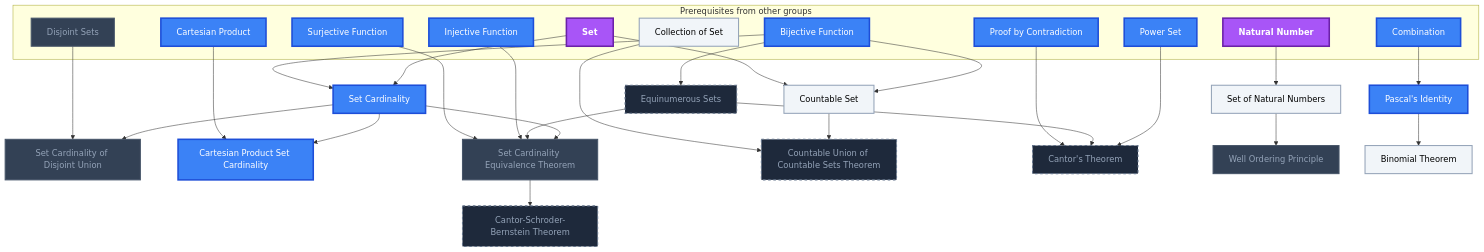
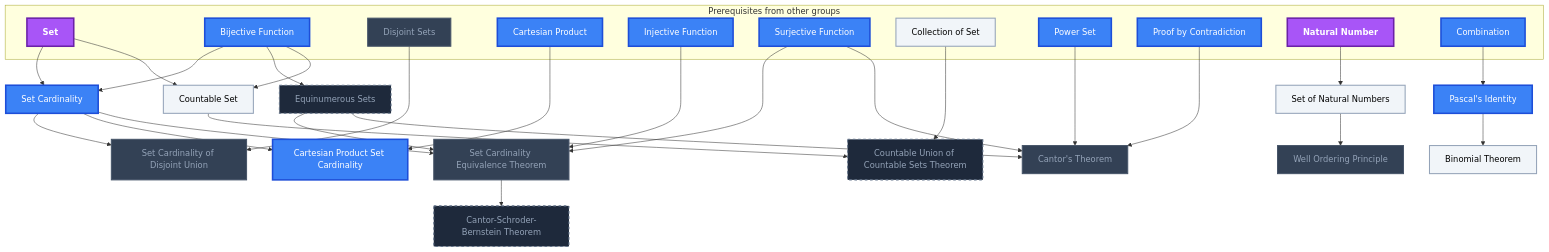
One commit to MRauf1/My-Notes changed the seventh of 7 diagrams in Gamification/Skill Trees/Discrete Mathematics.md. Above: the diagram before and after it, drawn with Mermaid. The commit also changed other lines of this file and 42 other files, not shown here.

````diff
--- a/Gamification/Skill Trees/Discrete Mathematics.md
+++ b/Gamification/Skill Trees/Discrete Mathematics.md
@@ -432,67 +432,68 @@
 ```mermaid
 flowchart TD
     classDef planned fill:#1E293B,stroke:#64748B,stroke-width:2px,stroke-dasharray:5 5,color:#94A3B8;
     classDef locked fill:#334155,stroke:#475569,stroke-width:2px,color:#94A3B8;
     classDef L0 fill:#F1F5F9,stroke:#94A3B8,stroke-width:2px,color:#000000;
     classDef L1 fill:#22C55E,stroke:#15803D,stroke-width:2px,color:#000000;
     classDef L2 fill:#3B82F6,stroke:#1D4ED8,stroke-width:3px,color:#FFFFFF;
     classDef L3 fill:#A855F7,stroke:#6B21A8,stroke-width:3px,color:#FFFFFF,font-weight:bold;
     classDef L4 fill:#F97316,stroke:#C2410C,stroke-width:4px,color:#000000,font-weight:bold;
     classDef L5 fill:#FFD700,stroke:#FF8C00,stroke-width:5px,color:#000000,font-weight:bold;
     classDef rusty stroke:#8B4513,stroke-width:4px,stroke-dasharray:3 3;
     subgraph sg_prereqs["Prerequisites from other groups"]
         n_set["Set"]
         n_bijective_function["Bijective Function"]
         n_disjoint_sets["Disjoint Sets"]
         n_cartesian_product["Cartesian Product"]
         n_injective_function["Injective Function"]
         n_surjective_function["Surjective Function"]
         n_collection_of_set["Collection of Set"]
         n_power_set["Power Set"]
         n_proof_by_contradiction["Proof by Contradiction"]
         n_natural_number["Natural Number"]
         n_combination["Combination"]
     end
     n_set_cardinality["Set Cardinality"]
     n_set_cardinality_of_disjoint_union["Set Cardinality of Disjoint Union"]
     n_cartesian_product_set_cardinality["Cartesian Product Set Cardinality"]
     n_equinumerous_sets["Equinumerous Sets"]
     n_set_cardinality_equivalence_theorem["Set Cardinality Equivalence Theorem"]
     n_countable_union_of_countable_sets_theorem["Countable Union of Countable Sets Theorem"]
     n_cantor_s_theorem["Cantor's Theorem"]
     n_cantor_schroder_bernstein_theorem["Cantor-Schroder-Bernstein Theorem"]
     n_set_of_natural_numbers["Set of Natural Numbers"]
     n_well_ordering_principle["Well Ordering Principle"]
     n_pascal_s_identity["Pascal's Identity"]
     n_binomial_theorem["Binomial Theorem"]
     n_countable_set["Countable Set"]
     n_set --> n_set_cardinality
     n_bijective_function --> n_set_cardinality
     n_set_cardinality --> n_set_cardinality_of_disjoint_union
     n_disjoint_sets --> n_set_cardinality_of_disjoint_union
     n_set_cardinality --> n_cartesian_product_set_cardinality
     n_cartesian_product --> n_cartesian_product_set_cardinality
     n_bijective_function --> n_equinumerous_sets
     n_set_cardinality --> n_set_cardinality_equivalence_theorem
     n_equinumerous_sets --> n_set_cardinality_equivalence_theorem
     n_injective_function --> n_set_cardinality_equivalence_theorem
     n_surjective_function --> n_set_cardinality_equivalence_theorem
     n_countable_set --> n_countable_union_of_countable_sets_theorem
     n_collection_of_set --> n_countable_union_of_countable_sets_theorem
     n_power_set --> n_cantor_s_theorem
     n_equinumerous_sets --> n_cantor_s_theorem
     n_proof_by_contradiction --> n_cantor_s_theorem
     n_set_cardinality_equivalence_theorem --> n_cantor_schroder_bernstein_theorem
     n_natural_number --> n_set_of_natural_numbers
     n_set_of_natural_numbers --> n_well_ordering_principle
     n_combination --> n_pascal_s_identity
     n_pascal_s_identity --> n_binomial_theorem
     n_bijective_function --> n_countable_set
     n_set --> n_countable_set
-    class n_equinumerous_sets,n_countable_union_of_countable_sets_theorem,n_cantor_s_theorem,n_cantor_schroder_bernstein_theorem planned;
-    class n_disjoint_sets,n_set_cardinality_of_disjoint_union,n_set_cardinality_equivalence_theorem,n_well_ordering_principle locked;
+    n_surjective_function --> n_cantor_s_theorem
+    class n_equinumerous_sets,n_countable_union_of_countable_sets_theorem,n_cantor_schroder_bernstein_theorem planned;
+    class n_disjoint_sets,n_set_cardinality_of_disjoint_union,n_set_cardinality_equivalence_theorem,n_cantor_s_theorem,n_well_ordering_principle locked;
     class n_collection_of_set,n_set_of_natural_numbers,n_binomial_theorem,n_countable_set L0;
     class n_bijective_function,n_cartesian_product,n_injective_function,n_surjective_function,n_power_set,n_proof_by_contradiction,n_combination,n_set_cardinality,n_cartesian_product_set_cardinality,n_pascal_s_identity L2;
     class n_set,n_natural_number L3;
-    class n_set,n_bijective_function,n_disjoint_sets,n_cartesian_product,n_injective_function,n_surjective_function,n_collection_of_set,n_power_set,n_proof_by_contradiction,n_natural_number,n_combination,n_set_cardinality,n_set_cardinality_of_disjoint_union,n_cartesian_product_set_cardinality,n_set_cardinality_equivalence_theorem,n_set_of_natural_numbers,n_well_ordering_principle,n_pascal_s_identity,n_binomial_theorem,n_countable_set internal-link;
+    class n_set,n_bijective_function,n_disjoint_sets,n_cartesian_product,n_injective_function,n_surjective_function,n_collection_of_set,n_power_set,n_proof_by_contradiction,n_natural_number,n_combination,n_set_cardinality,n_set_cardinality_of_disjoint_union,n_cartesian_product_set_cardinality,n_set_cardinality_equivalence_theorem,n_cantor_s_theorem,n_set_of_natural_numbers,n_well_ordering_principle,n_pascal_s_identity,n_binomial_theorem,n_countable_set internal-link;
 ```
````
